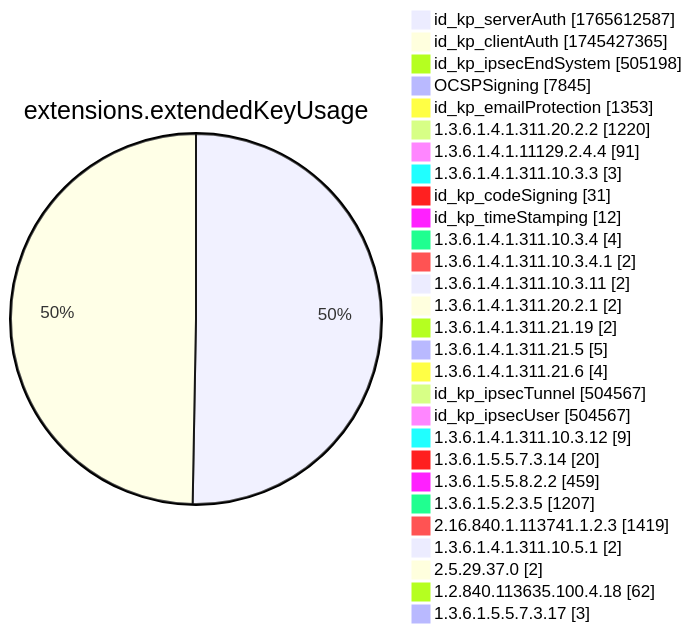
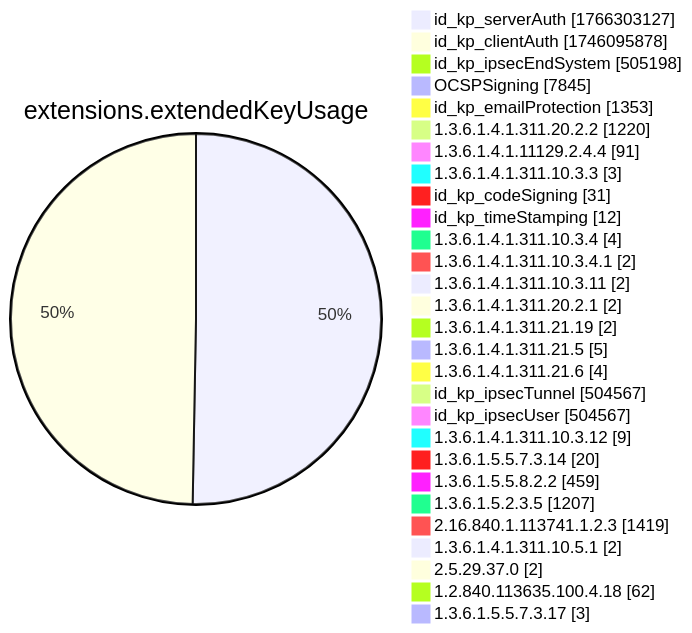
One commit to christiankrug/ctmonitor_visualization changed diagram 12 of 15 in xenon2022/README.md. Above: the diagram before and after it, drawn with Mermaid. The commit also changed other lines of this file, not shown here.

````diff
--- a/xenon2022/README.md
+++ b/xenon2022/README.md
@@ -3893,32 +3893,32 @@
 ```mermaid
 pie showData
 title extensions.extendedKeyUsage
-"id_kp_serverAuth" :1765612587
-"id_kp_clientAuth" :1745427365
+"id_kp_serverAuth" :1766303127
+"id_kp_clientAuth" :1746095878
 "id_kp_ipsecEndSystem" :505198
 "OCSPSigning" :7845
 "id_kp_emailProtection" :1353
 "1.3.6.1.4.1.311.20.2.2" :1220
 "1.3.6.1.4.1.11129.2.4.4" :91
 "1.3.6.1.4.1.311.10.3.3" :3
 "id_kp_codeSigning" :31
 "id_kp_timeStamping" :12
 "1.3.6.1.4.1.311.10.3.4" :4
 "1.3.6.1.4.1.311.10.3.4.1" :2
 "1.3.6.1.4.1.311.10.3.11" :2
 "1.3.6.1.4.1.311.20.2.1" :2
 "1.3.6.1.4.1.311.21.19" :2
 "1.3.6.1.4.1.311.21.5" :5
 "1.3.6.1.4.1.311.21.6" :4
 "id_kp_ipsecTunnel" :504567
 "id_kp_ipsecUser" :504567
 "1.3.6.1.4.1.311.10.3.12" :9
 "1.3.6.1.5.5.7.3.14" :20
 "1.3.6.1.5.5.8.2.2" :459
 "1.3.6.1.5.2.3.5" :1207
 "2.16.840.1.113741.1.2.3" :1419
 "1.3.6.1.4.1.311.10.5.1" :2
 "2.5.29.37.0" :2
 "1.2.840.113635.100.4.18" :62
 "1.3.6.1.5.5.7.3.17" :3
 ```
````
